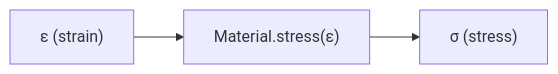
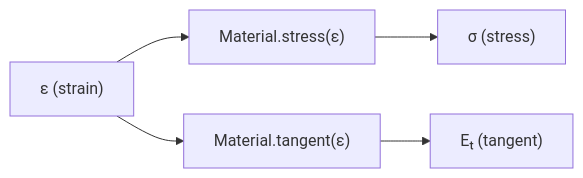
One commit to Jagtree/gensec changed the eighth of 9 diagrams in docs/architecture/architecture_solver.rst. Above: the diagram before and after it, drawn with Mermaid. The commit also changed other lines of this file and 24 other files, not shown here.

```diff
--- a/docs/architecture/architecture_solver.rst
+++ b/docs/architecture/architecture_solver.rst
@@ -313,4 +331,5 @@
 .. mermaid::
 
    flowchart LR
        E["ε (strain)"] --> M["Material.stress(ε)"] --> S["σ (stress)"]
+       E --> T["Material.tangent(ε)"] --> Et["Eₜ (tangent)"]
```
